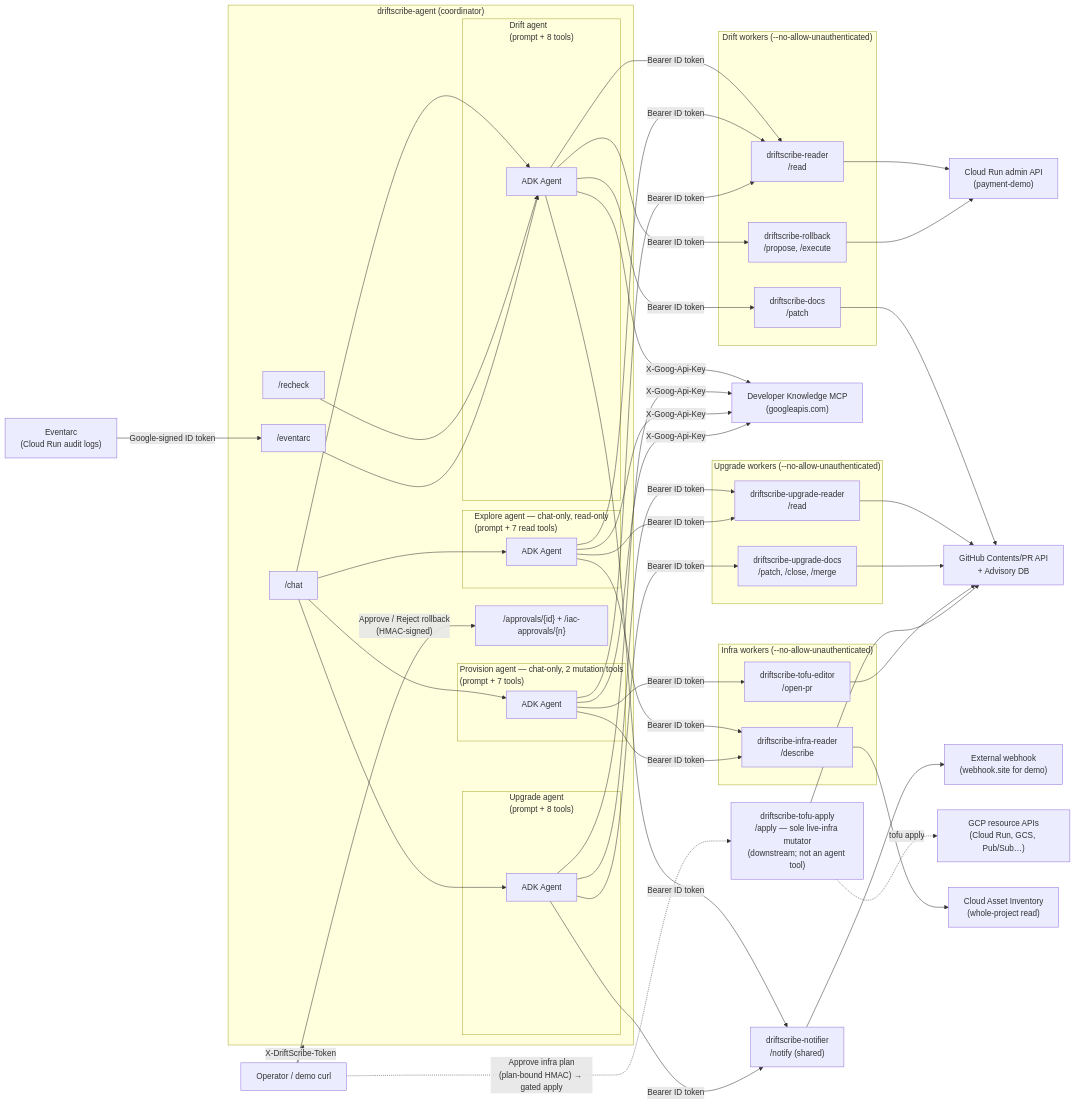
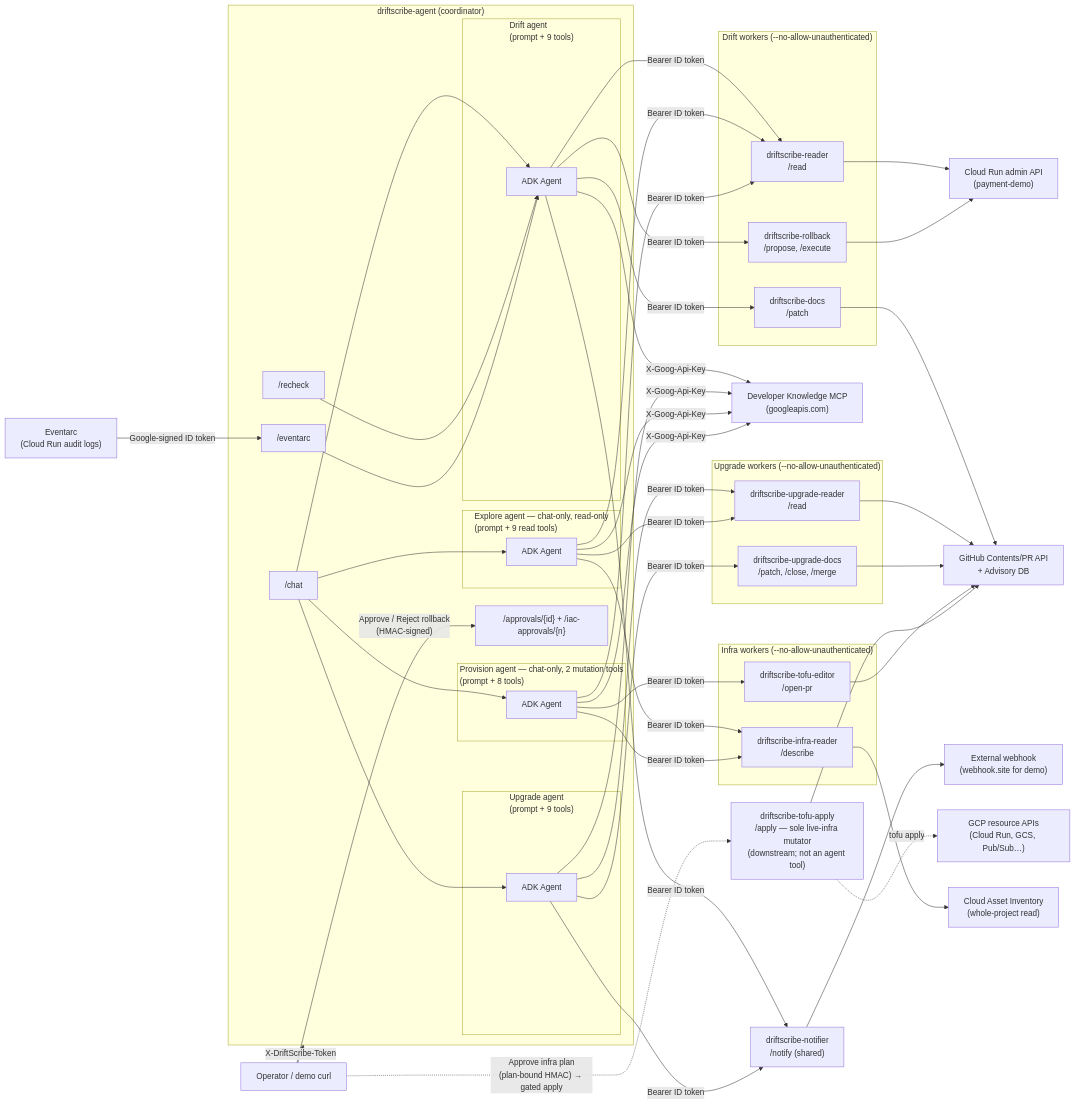
The diagram in docs/architecture/multi-agent-design.md (adi-prasetyo/driftscribe), drawn with Mermaid before and after one commit. The commit also changed other lines of this file and 5 other files, not shown here.

```diff
--- a/docs/architecture/multi-agent-design.md
+++ b/docs/architecture/multi-agent-design.md
@@ -26,16 +26,16 @@
         Recheck["/recheck"]
         Eventarc["/eventarc"]
         Approvals["/approvals/{id} + /iac-approvals/{n}"]
-        subgraph Drift["Drift agent\n(prompt + 8 tools)"]
+        subgraph Drift["Drift agent\n(prompt + 9 tools)"]
             ADKd["ADK Agent"]
         end
-        subgraph Upgrade["Upgrade agent\n(prompt + 8 tools)"]
+        subgraph Upgrade["Upgrade agent\n(prompt + 9 tools)"]
             ADKu["ADK Agent"]
         end
-        subgraph Explore["Explore agent — chat-only, read-only\n(prompt + 7 read tools)"]
+        subgraph Explore["Explore agent — chat-only, read-only\n(prompt + 9 read tools)"]
             ADKe["ADK Agent"]
         end
-        subgraph Provision["Provision agent — chat-only, 2 mutation tools\n(prompt + 7 tools)"]
+        subgraph Provision["Provision agent — chat-only, 2 mutation tools\n(prompt + 8 tools)"]
             ADKp["ADK Agent"]
         end
         Chat --> ADKd
```
